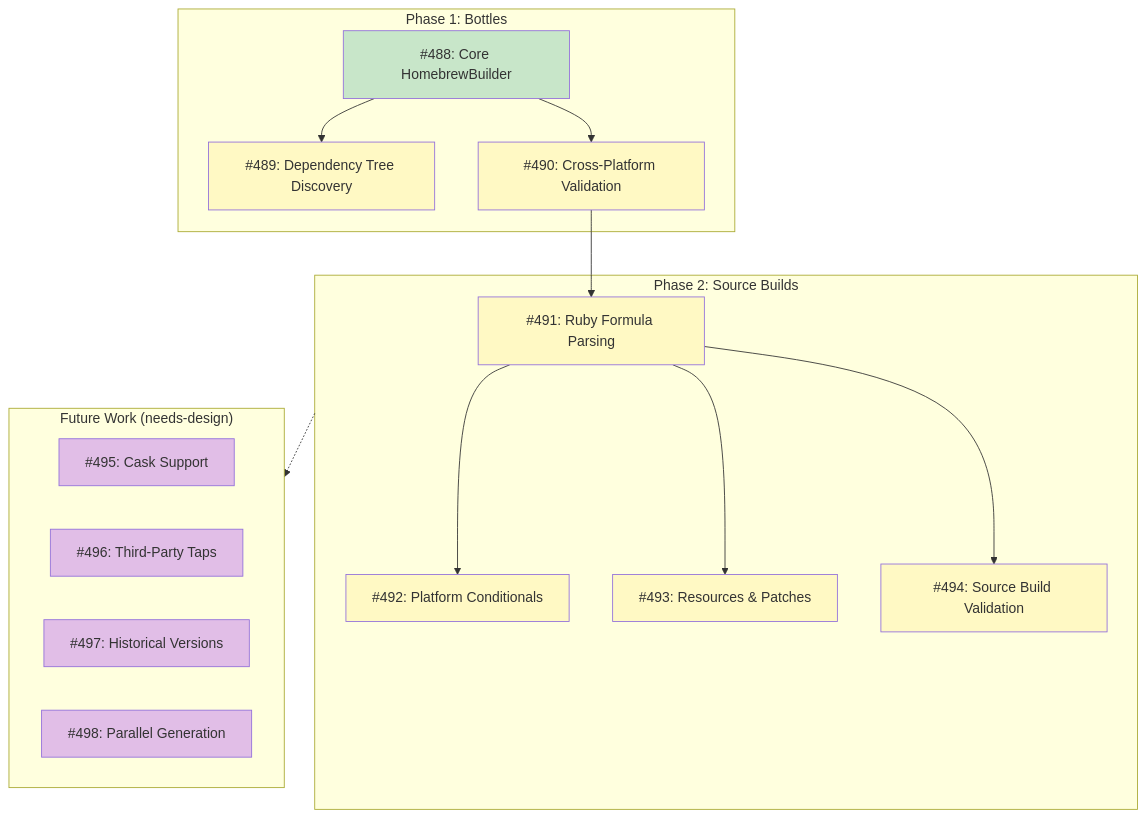
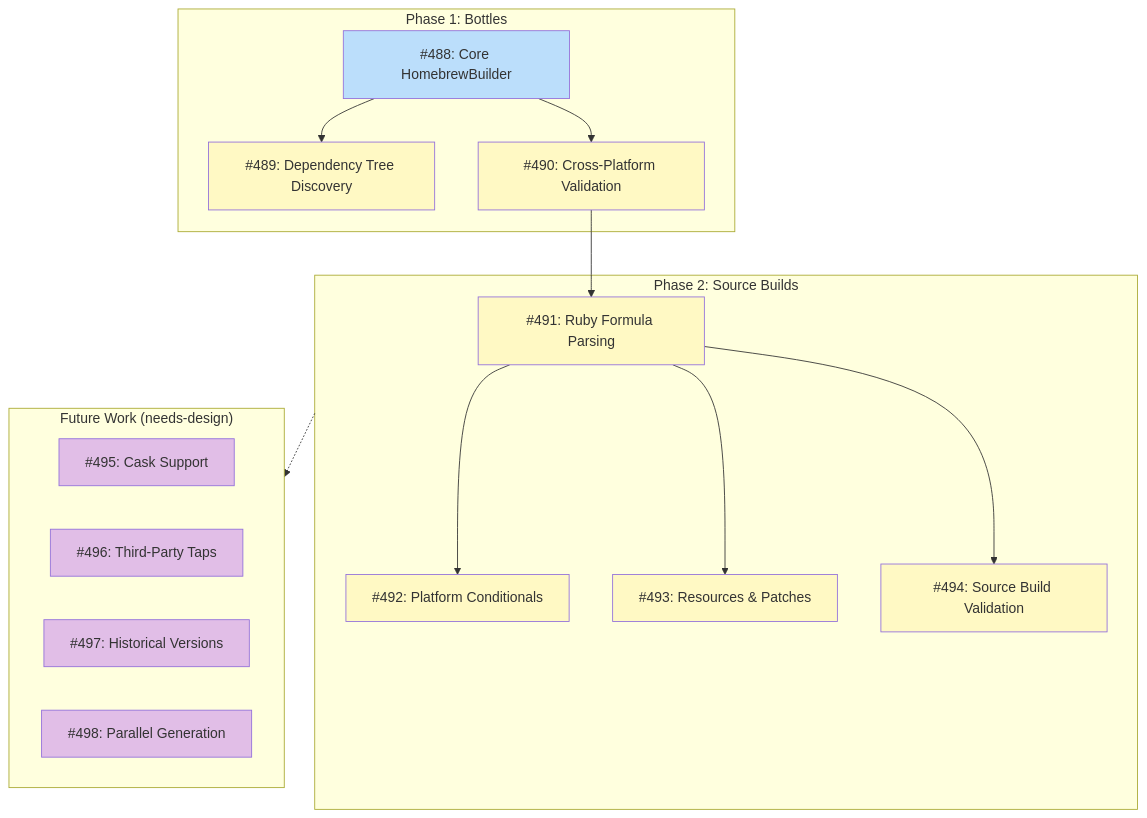
One commit to tsuku-dev/tsuku changed the diagram in docs/DESIGN-homebrew-builder.md. Above: the diagram before and after it, drawn with Mermaid. The commit also changed other lines of this file, not shown here.

Commit message:
docs: fix color scheme - blue for ready, green for done

````diff
--- a/docs/DESIGN-homebrew-builder.md
+++ b/docs/DESIGN-homebrew-builder.md
@@ -11,42 +11,42 @@
 ```mermaid
 graph TD
     subgraph Phase1["Phase 1: Bottles"]
         A488["#488: Core HomebrewBuilder"]
         A489["#489: Dependency Tree Discovery"]
         A490["#490: Cross-Platform Validation"]
     end
 
     subgraph Phase2["Phase 2: Source Builds"]
         A491["#491: Ruby Formula Parsing"]
         A492["#492: Platform Conditionals"]
         A493["#493: Resources & Patches"]
         A494["#494: Source Build Validation"]
     end
 
     subgraph Future["Future Work (needs-design)"]
         A495["#495: Cask Support"]
         A496["#496: Third-Party Taps"]
         A497["#497: Historical Versions"]
         A498["#498: Parallel Generation"]
     end
 
     A488 --> A489
     A488 --> A490
     A490 --> A491
     A491 --> A492
     A491 --> A493
     A491 --> A494
     Phase2 -.-> Future
 
-    style A488 fill:#c8e6c9
+    style A488 fill:#bbdefb
     style A489 fill:#fff9c4
     style A490 fill:#fff9c4
     style A491 fill:#fff9c4
     style A492 fill:#fff9c4
     style A493 fill:#fff9c4
     style A494 fill:#fff9c4
     style A495 fill:#e1bee7
     style A496 fill:#e1bee7
     style A497 fill:#e1bee7
     style A498 fill:#e1bee7
 ```
````
